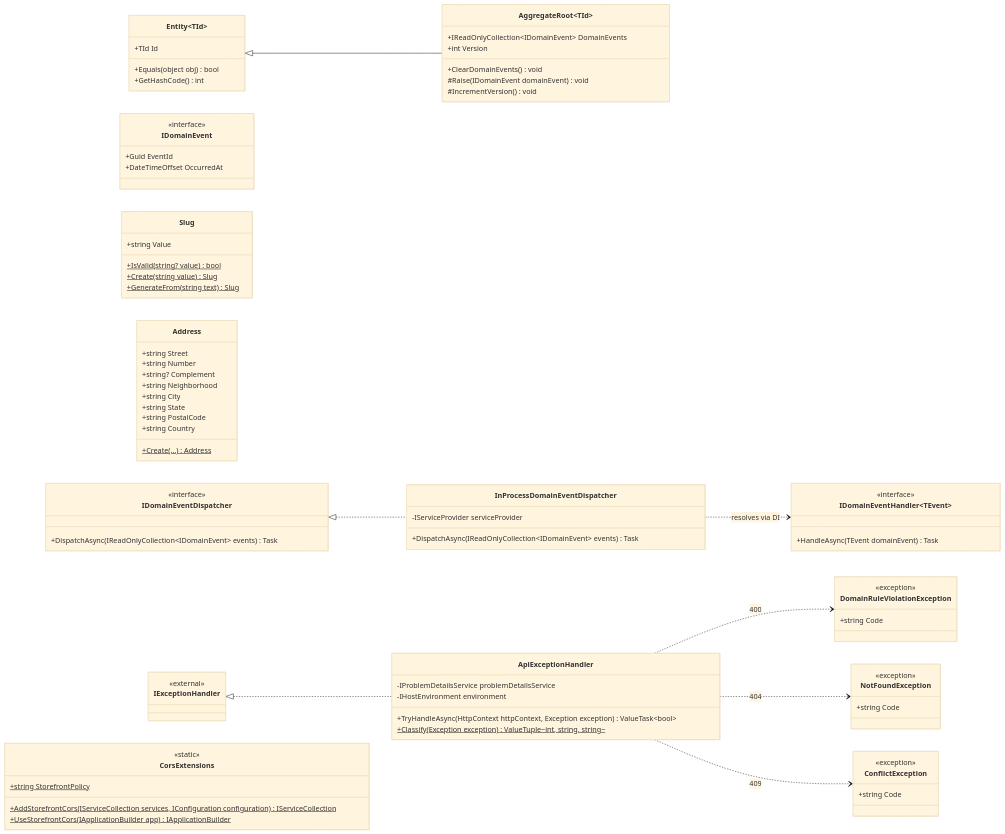
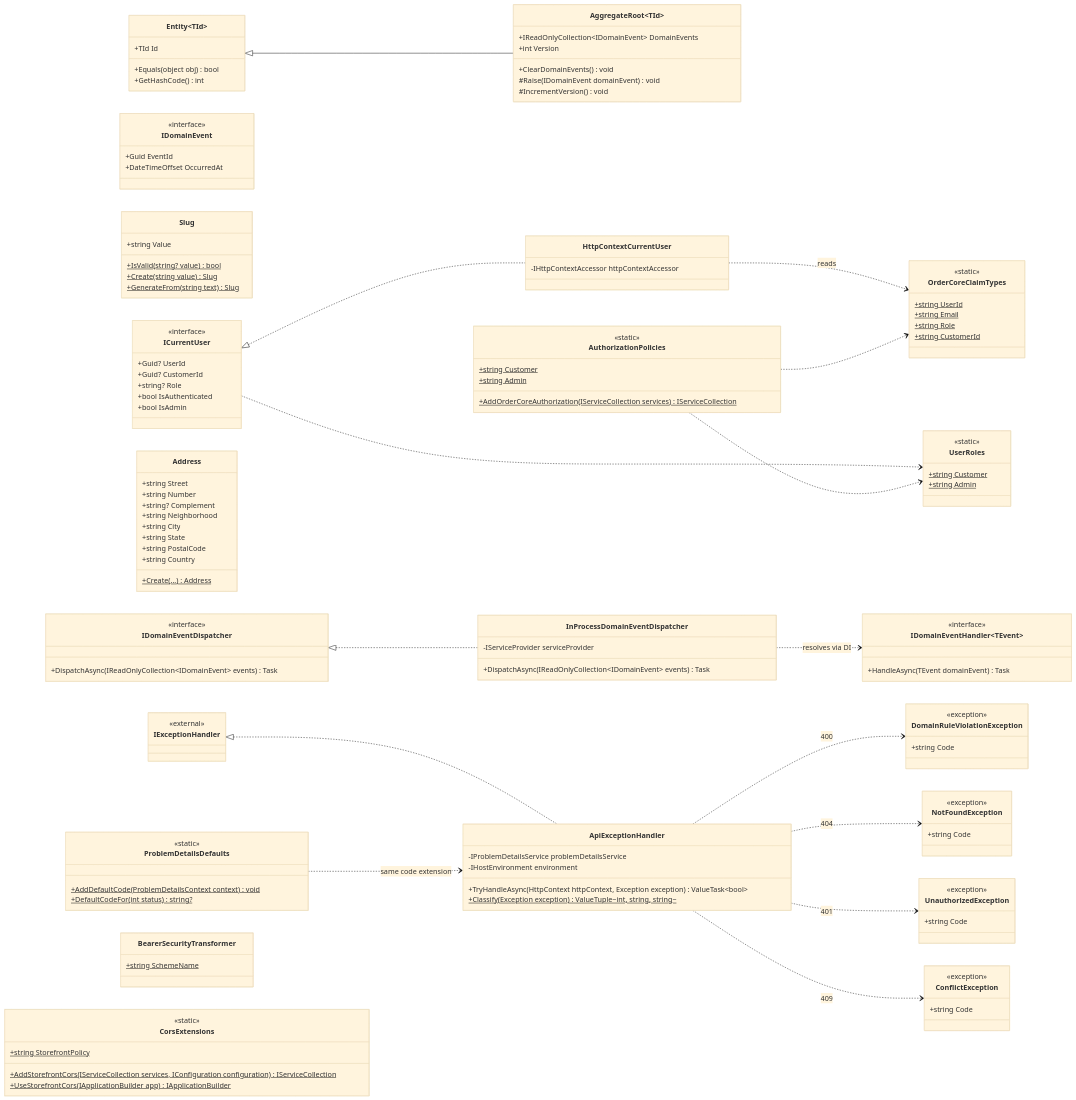
Before and after one commit to Leo-Slv/OrderCore: the diagram in Docs/diagrams/implementation-class/01-shared-kernel.md, drawn with Mermaid (base theme). The commit also changed other lines of this file and 7 other files, not shown here.

First line of the commit message:
docs(diagrams): add the Identity module and reflect authentication in the diagrams

````diff
--- a/Docs/diagrams/implementation-class/01-shared-kernel.md
+++ b/Docs/diagrams/implementation-class/01-shared-kernel.md
@@ -56,6 +56,28 @@
         +string Code
     }
 
+    class UnauthorizedException {
+        <<exception>>
+        +string Code
+    }
+
+
+    %% OrderCore.Api.Shared.Application.Abstractions (authentication)
+    class ICurrentUser {
+        <<interface>>
+        +Guid? UserId
+        +Guid? CustomerId
+        +string? Role
+        +bool IsAuthenticated
+        +bool IsAdmin
+    }
+
+    class UserRoles {
+        <<static>>
+        +string Customer$
+        +string Admin$
+    }
+
     class Address {
         +string Street
         +string Number
@@ -102,6 +124,40 @@
     }
 
 
+    class ProblemDetailsDefaults {
+        <<static>>
+        +AddDefaultCode(ProblemDetailsContext context)$ void
+        +DefaultCodeFor(int status)$ string?
+    }
+
+
+    %% OrderCore.Api.Shared.Presentation.Authentication
+    class OrderCoreClaimTypes {
+        <<static>>
+        +string UserId$
+        +string Email$
+        +string Role$
+        +string CustomerId$
+    }
+
+    class HttpContextCurrentUser {
+        -IHttpContextAccessor httpContextAccessor
+    }
+
+    class AuthorizationPolicies {
+        <<static>>
+        +string Customer$
+        +string Admin$
+        +AddOrderCoreAuthorization(IServiceCollection services)$ IServiceCollection
+    }
+
+
+    %% OrderCore.Api.Shared.Presentation.OpenApi
+    class BearerSecurityTransformer {
+        +string SchemeName$
+    }
+
+
     %% OrderCore.Api.Shared.Presentation.Cors
     class CorsExtensions {
         <<static>>
@@ -117,6 +173,13 @@
     IExceptionHandler <|.. ApiExceptionHandler
     ApiExceptionHandler ..> DomainRuleViolationException : 400
     ApiExceptionHandler ..> NotFoundException : 404
+    ApiExceptionHandler ..> UnauthorizedException : 401
     ApiExceptionHandler ..> ConflictException : 409
+    ProblemDetailsDefaults ..> ApiExceptionHandler : same code extension
+    ICurrentUser <|.. HttpContextCurrentUser
+    HttpContextCurrentUser ..> OrderCoreClaimTypes : reads
+    ICurrentUser ..> UserRoles
+    AuthorizationPolicies ..> UserRoles
+    AuthorizationPolicies ..> OrderCoreClaimTypes
 
 ```
````
